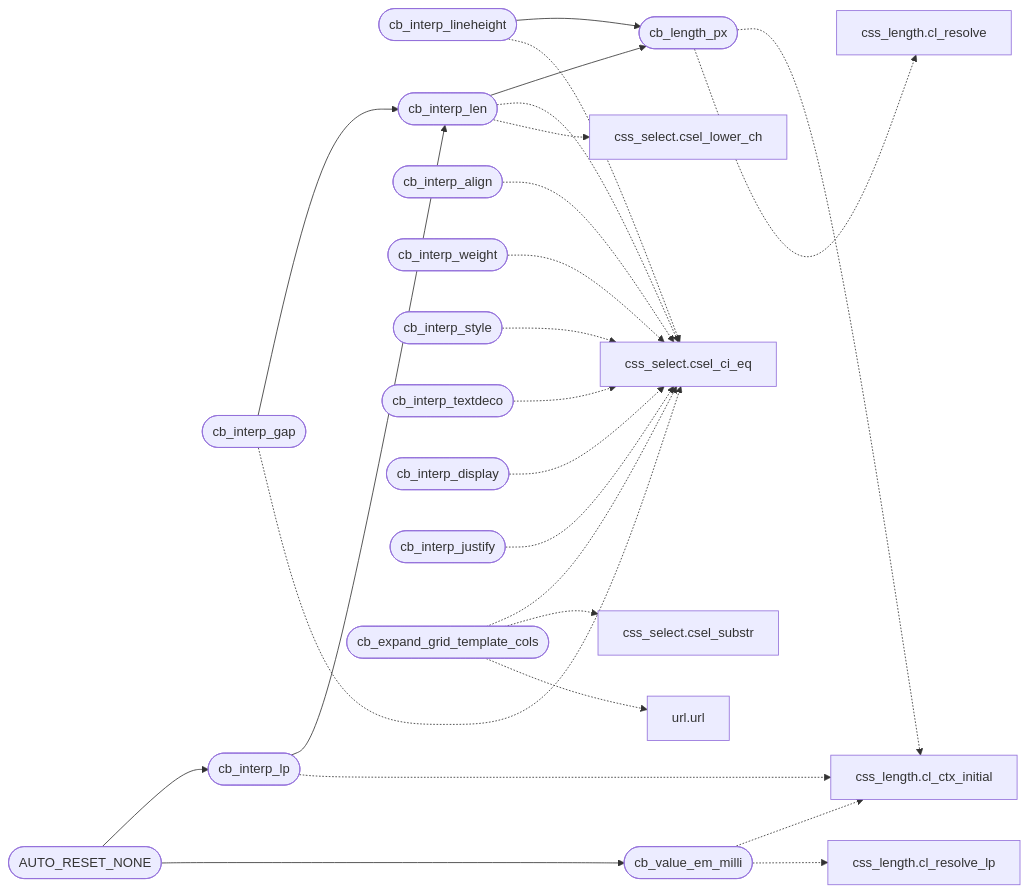
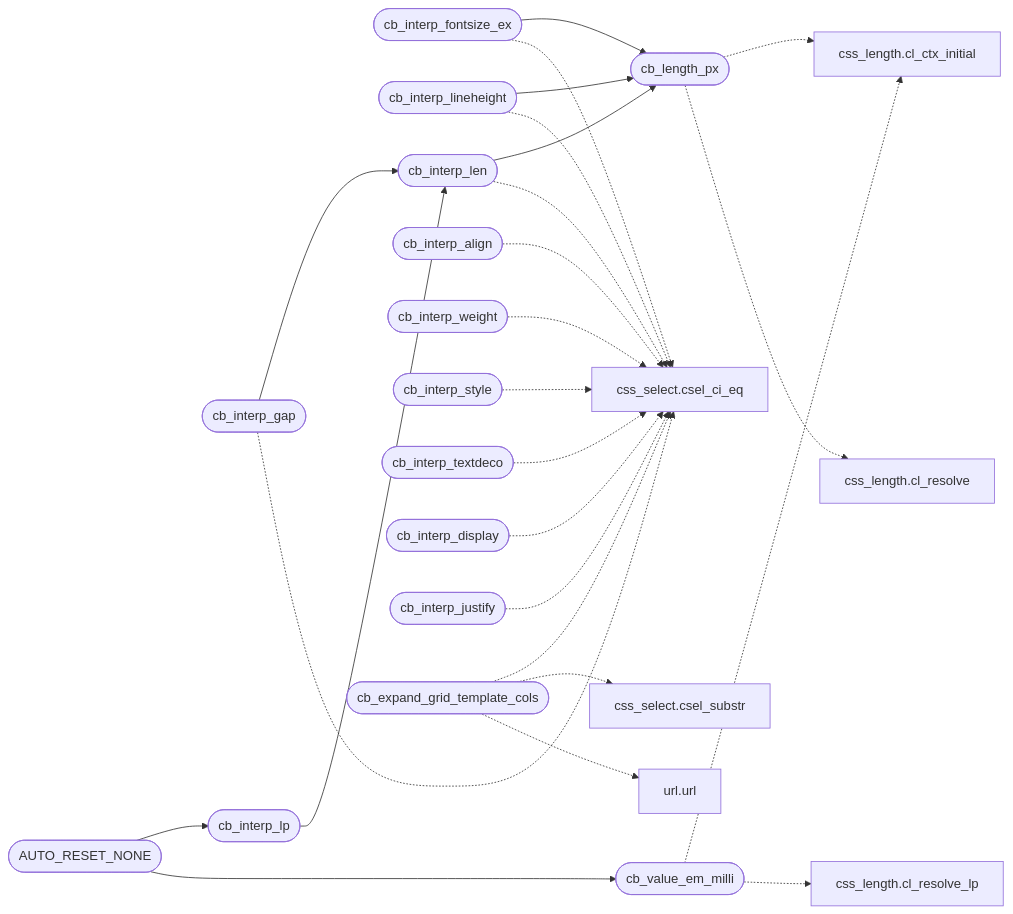
One commit to grisuno/FreeDom changed the second of 2 diagrams in readmenator-apidocs/modules/src.css_box.c.md. Above: the diagram before and after it, drawn with Mermaid. The commit also changed other lines of this file and 323 other files, not shown here.

````diff
--- a/readmenator-apidocs/modules/src.css_box.c.md
+++ b/readmenator-apidocs/modules/src.css_box.c.md
@@ -28,48 +28,48 @@
 ```mermaid
 flowchart LR
+    n_src_css_box_c__cb_interp_fontsize_ex(["cb_interp_fontsize_ex"])
+    n_src_css_box_c__cb_length_px(["cb_length_px"])
     n_src_css_box_c__cb_interp_lineheight(["cb_interp_lineheight"])
-    n_src_css_box_c__cb_length_px(["cb_length_px"])
     n_src_css_box_c__cb_interp_gap(["cb_interp_gap"])
     n_src_css_box_c__cb_interp_len(["cb_interp_len"])
     n_src_css_box_c__cb_interp_lp(["cb_interp_lp"])
     n_src_css_box_c__AUTO_RESET_NONE(["AUTO_RESET_NONE"])
     n_src_css_box_c__cb_value_em_milli(["cb_value_em_milli"])
     n_src_css_length_c__cl_ctx_initial["css_length.cl_ctx_initial"]
     n_src_css_length_c__cl_resolve["css_length.cl_resolve"]
     n_src_css_box_c__cb_interp_align(["cb_interp_align"])
     n_include_css_select_h__csel_ci_eq["css_select.csel_ci_eq"]
     n_src_css_box_c__cb_interp_weight(["cb_interp_weight"])
     n_src_css_box_c__cb_interp_style(["cb_interp_style"])
     n_src_css_box_c__cb_interp_textdeco(["cb_interp_textdeco"])
     n_src_css_box_c__cb_interp_display(["cb_interp_display"])
     n_src_css_box_c__cb_interp_justify(["cb_interp_justify"])
     n_src_css_box_c__cb_expand_grid_template_cols(["cb_expand_grid_template_cols"])
     n_include_css_select_h__csel_substr["css_select.csel_substr"]
     n_include_url_h__url["url.url"]
-    n_include_css_select_h__csel_lower_ch["css_select.csel_lower_ch"]
     n_src_css_length_c__cl_resolve_lp["css_length.cl_resolve_lp"]
+    n_src_css_box_c__cb_interp_fontsize_ex --> n_src_css_box_c__cb_length_px
     n_src_css_box_c__cb_interp_lineheight --> n_src_css_box_c__cb_length_px
     n_src_css_box_c__cb_interp_gap --> n_src_css_box_c__cb_interp_len
     n_src_css_box_c__cb_interp_len --> n_src_css_box_c__cb_length_px
     n_src_css_box_c__cb_interp_lp --> n_src_css_box_c__cb_interp_len
     n_src_css_box_c__AUTO_RESET_NONE --> n_src_css_box_c__cb_interp_lp
     n_src_css_box_c__AUTO_RESET_NONE --> n_src_css_box_c__cb_value_em_milli
     n_src_css_box_c__cb_length_px -.-> n_src_css_length_c__cl_ctx_initial
     n_src_css_box_c__cb_length_px -.-> n_src_css_length_c__cl_resolve
     n_src_css_box_c__cb_interp_align -.-> n_include_css_select_h__csel_ci_eq
+    n_src_css_box_c__cb_interp_fontsize_ex -.-> n_include_css_select_h__csel_ci_eq
     n_src_css_box_c__cb_interp_lineheight -.-> n_include_css_select_h__csel_ci_eq
     n_src_css_box_c__cb_interp_weight -.-> n_include_css_select_h__csel_ci_eq
     n_src_css_box_c__cb_interp_style -.-> n_include_css_select_h__csel_ci_eq
     n_src_css_box_c__cb_interp_textdeco -.-> n_include_css_select_h__csel_ci_eq
     n_src_css_box_c__cb_interp_display -.-> n_include_css_select_h__csel_ci_eq
     n_src_css_box_c__cb_interp_gap -.-> n_include_css_select_h__csel_ci_eq
     n_src_css_box_c__cb_interp_justify -.-> n_include_css_select_h__csel_ci_eq
     n_src_css_box_c__cb_expand_grid_template_cols -.-> n_include_css_select_h__csel_ci_eq
     n_src_css_box_c__cb_expand_grid_template_cols -.-> n_include_css_select_h__csel_substr
     n_src_css_box_c__cb_expand_grid_template_cols -.-> n_include_url_h__url
     n_src_css_box_c__cb_interp_len -.-> n_include_css_select_h__csel_ci_eq
-    n_src_css_box_c__cb_interp_len -.-> n_include_css_select_h__csel_lower_ch
     n_src_css_box_c__cb_value_em_milli -.-> n_src_css_length_c__cl_ctx_initial
     n_src_css_box_c__cb_value_em_milli -.-> n_src_css_length_c__cl_resolve_lp
-    n_src_css_box_c__cb_interp_lp -.-> n_src_css_length_c__cl_ctx_initial
 ```
````
